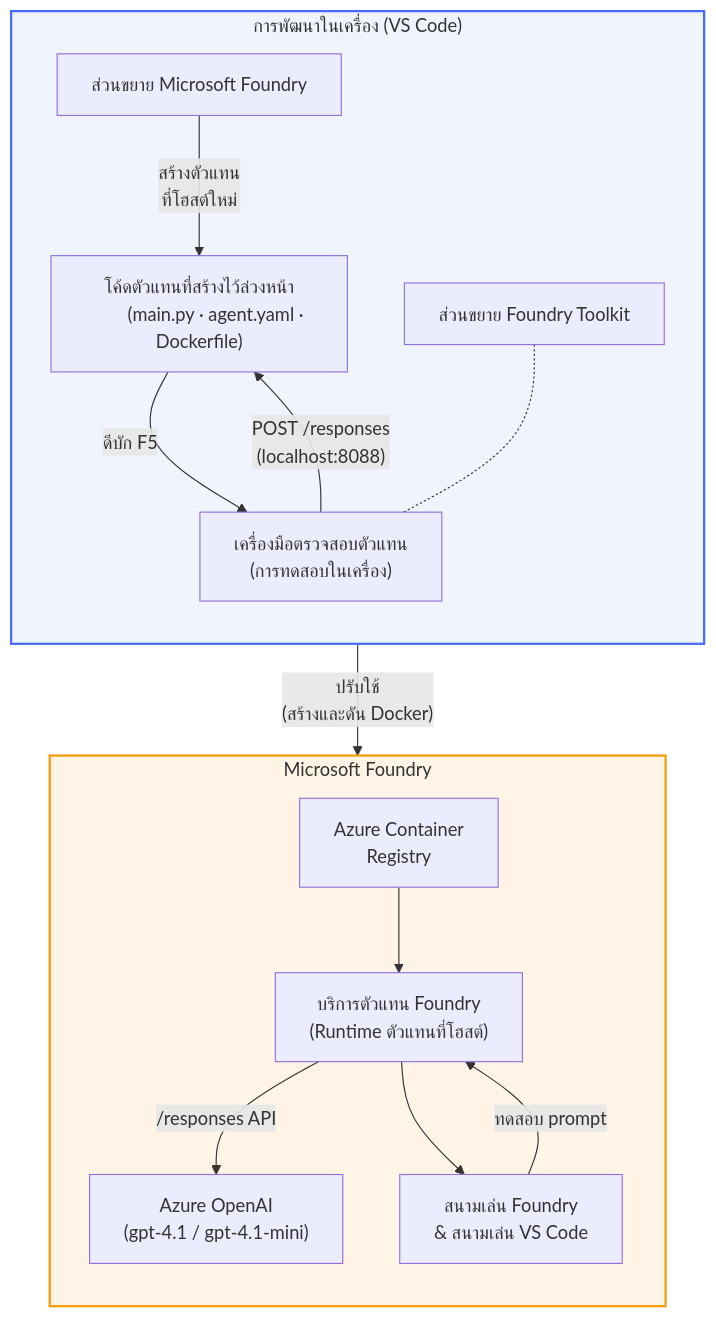
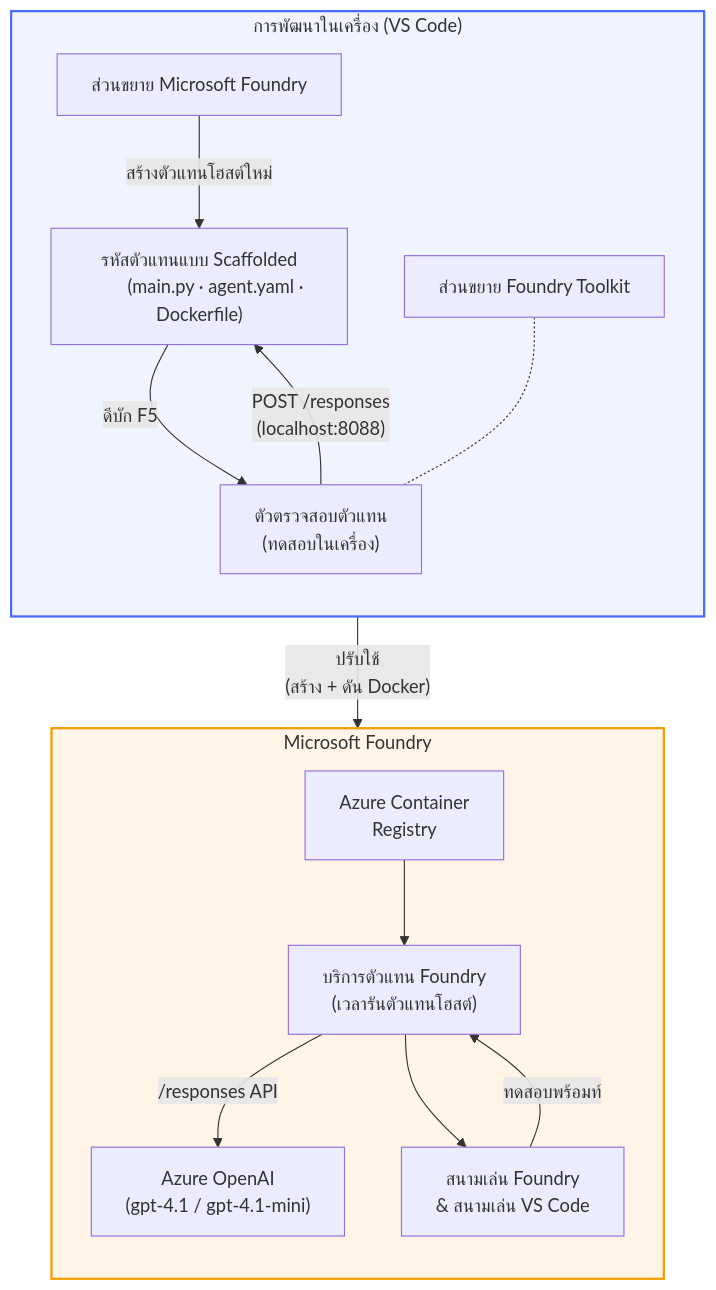
One commit to microsoft-foundry/Foundry_Toolkit_for_VSCode_Lab changed the diagram in translations/th/README.md. Above: the diagram before and after it, drawn with Mermaid. The commit also changed other lines of this file and 110 other files, not shown here.

````diff
--- a/translations/th/README.md
+++ b/translations/th/README.md
@@ -48,40 +52,39 @@
 ```mermaid
 flowchart TB
     subgraph Local["การพัฒนาในเครื่อง (VS Code)"]
         direction TB
         FE["ส่วนขยาย Microsoft Foundry"]
         FoundryToolkit["ส่วนขยาย Foundry Toolkit"]
-        Scaffold["โค้ดตัวแทนที่สร้างไว้ล่วงหน้า
+        Scaffold["รหัสตัวแทนแบบ Scaffolded
         (main.py · agent.yaml · Dockerfile)"]
-        Inspector["เครื่องมือตรวจสอบตัวแทน
-        (การทดสอบในเครื่อง)"]
-        FE -- "สร้างตัวแทน
-        ที่โฮสต์ใหม่" --> Scaffold
+        Inspector["ตัวตรวจสอบตัวแทน
+        (ทดสอบในเครื่อง)"]
+        FE -- "สร้างตัวแทนโฮสต์ใหม่" --> Scaffold
         Scaffold -- "ดีบัก F5" --> Inspector
         FoundryToolkit -.- Inspector
     end
 
     subgraph Cloud["Microsoft Foundry"]
         direction TB
         ACR["Azure Container
         Registry"]
         AgentService["บริการตัวแทน Foundry
-        (Runtime ตัวแทนที่โฮสต์)"]
+        (เวลารันตัวแทนโฮสต์)"]
         Model["Azure OpenAI
         (gpt-4.1 / gpt-4.1-mini)"]
         Playground["สนามเล่น Foundry
         & สนามเล่น VS Code"]
         ACR --> AgentService
         AgentService -- "/responses API" --> Model
         AgentService --> Playground
     end
 
     Scaffold -- "ปรับใช้
-    (สร้างและดัน Docker)" --> ACR
+    (สร้าง + ดัน Docker)" --> ACR
     Inspector -- "POST /responses
     (localhost:8088)" --> Scaffold
-    Playground -- "ทดสอบ prompt" --> AgentService
+    Playground -- "ทดสอบพร้อมท์" --> AgentService
 
     style Local fill:#f0f4ff,stroke:#4a6cf7,stroke-width:2px
     style Cloud fill:#fff4e6,stroke:#f59e0b,stroke-width:2px
 ```
````
